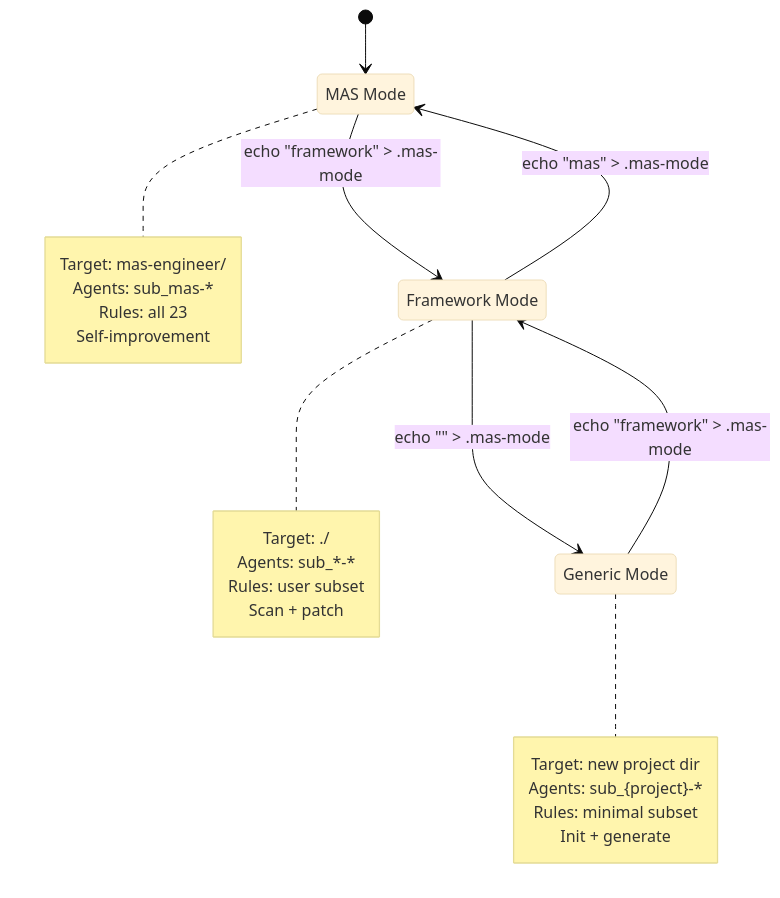
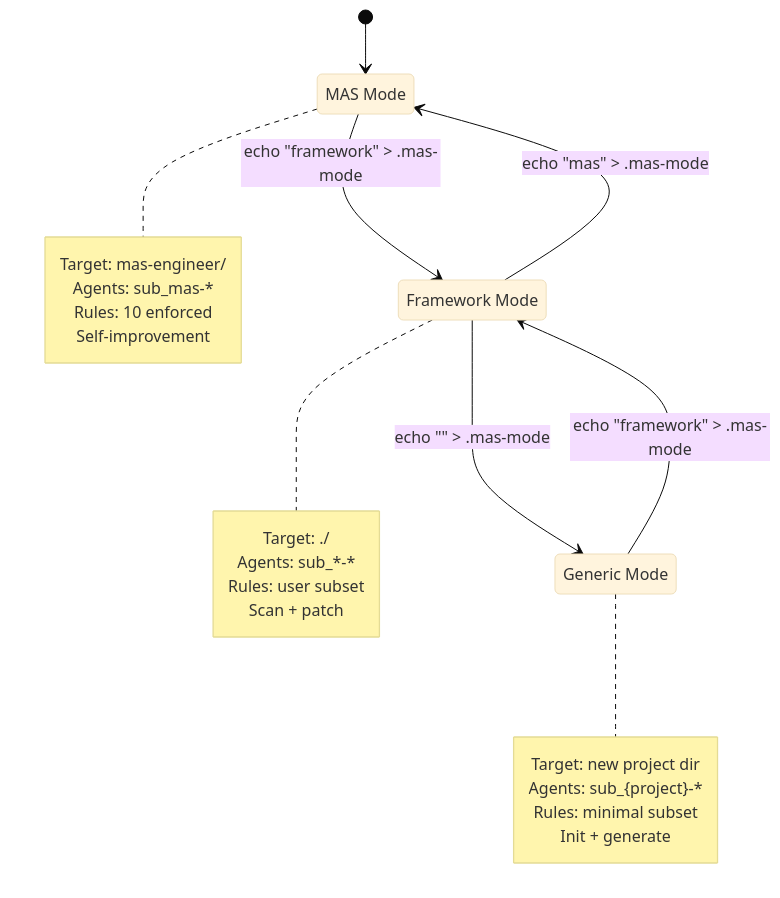
The fourth of 4 diagrams in docs/usage.md (mczardybon/mas-engineer), drawn with Mermaid (base theme) before and after one commit. The commit also changed other lines of this file and 23 other files, not shown here.

````diff
--- a/docs/usage.md
+++ b/docs/usage.md
@@ -216,34 +216,34 @@
 ```mermaid
 stateDiagram-v2
     state "MAS Mode" as MAS
     state "Framework Mode" as FW
     state "Generic Mode" as GEN
 
     [*] --> MAS
 
     MAS --> FW: echo "framework" > .mas-mode
     FW --> MAS: echo "mas" > .mas-mode
     FW --> GEN: echo "<project>" > .mas-mode
     GEN --> FW: echo "framework" > .mas-mode
 
     note right of MAS
         Target: mas-engineer/
         Agents: sub_mas-*
-        Rules: all 23
+        Rules: 10 enforced
         Self-improvement
     end note
 
     note right of FW
         Target: ./
         Agents: sub_*-*
         Rules: user subset
         Scan + patch
     end note
 
     note right of GEN
         Target: new project dir
         Agents: sub_{project}-*
         Rules: minimal subset
         Init + generate
     end note
 ```
````
